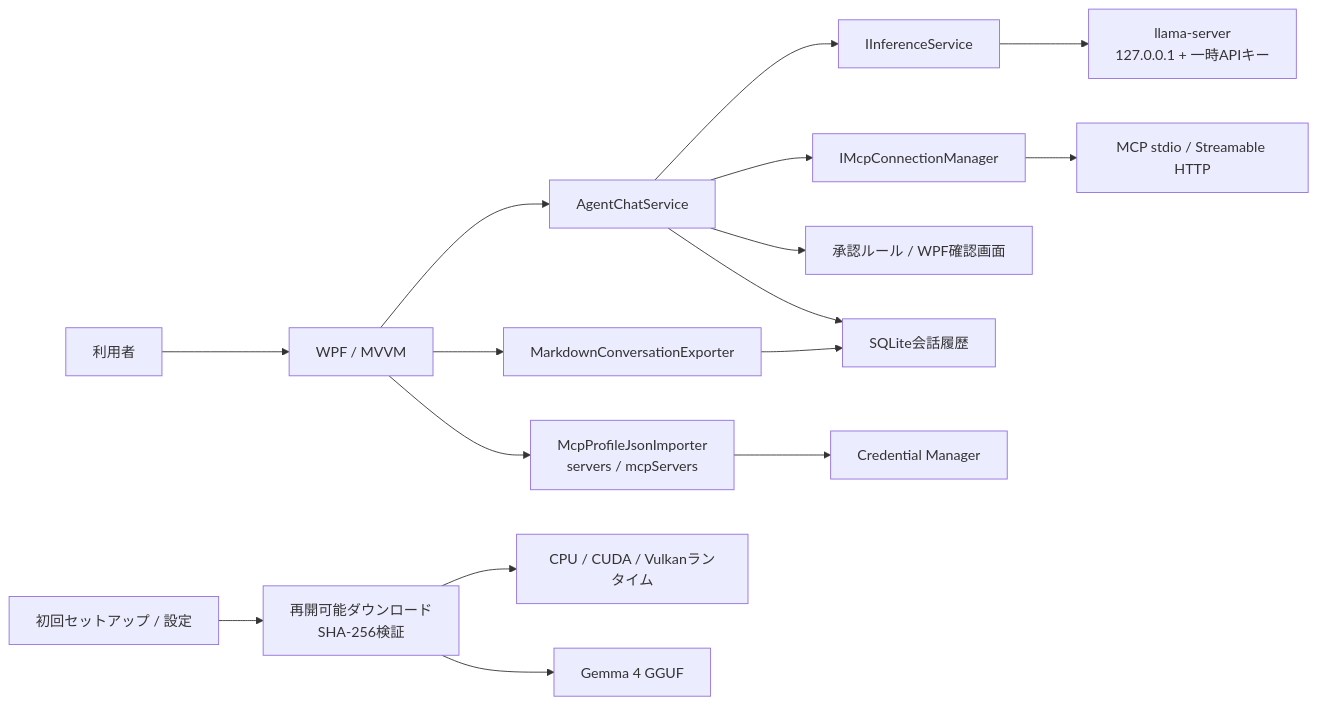
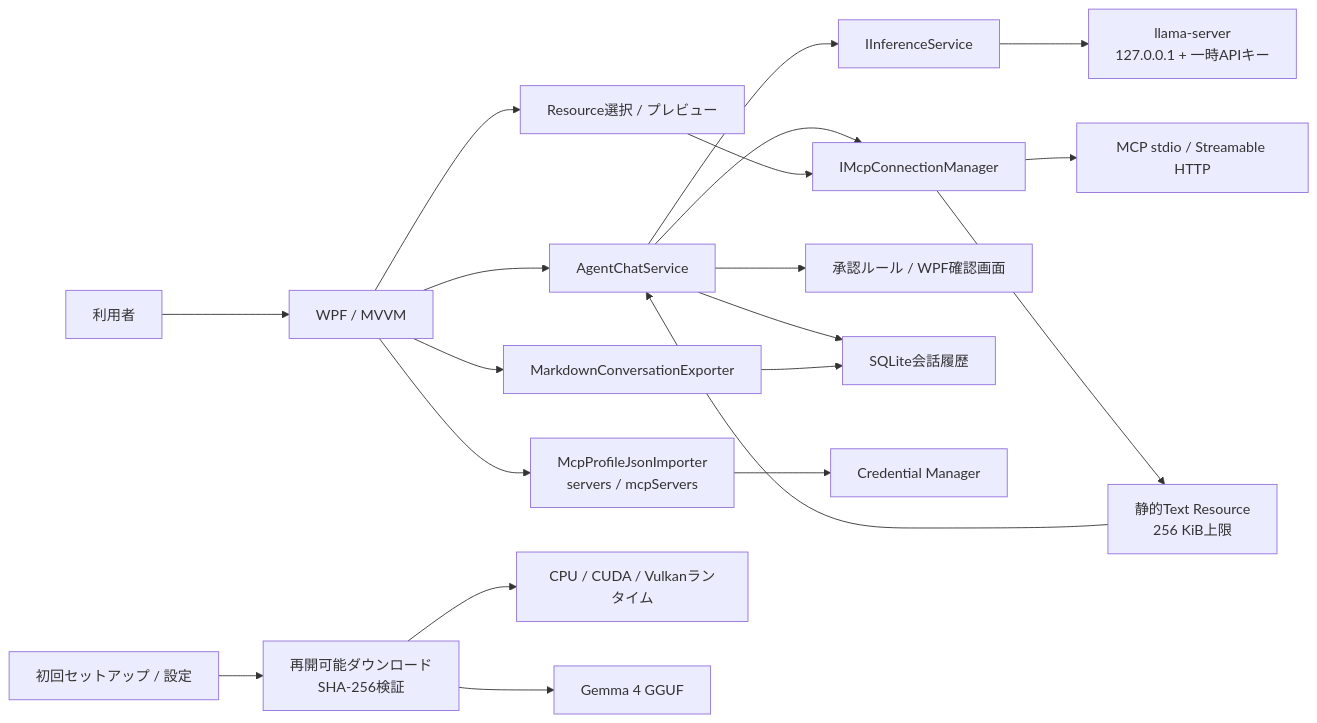
Before and after one commit to shaderjp/LocalMCPChatClient: the first of 4 diagrams in docs/architecture.md, drawn with Mermaid. The commit also changed other lines of this file and 22 other files, not shown here.

Commit message:
Add MCP Resource attachments

````diff
--- a/docs/architecture.md
+++ b/docs/architecture.md
@@ -7,18 +7,22 @@
 ```mermaid
 flowchart LR
     User["利用者"] --> UI["WPF / MVVM"]
     UI --> Agent["AgentChatService"]
     Agent --> Inference["IInferenceService"]
     Inference --> Runtime["llama-server\n127.0.0.1 + 一時APIキー"]
     Agent --> MCP["IMcpConnectionManager"]
     MCP --> Servers["MCP stdio / Streamable HTTP"]
+    UI --> ResourcePicker["Resource選択 / プレビュー"]
+    ResourcePicker --> MCP
+    MCP --> ResourceSnapshot["静的Text Resource\n256 KiB上限"]
+    ResourceSnapshot --> Agent
     Agent --> Approval["承認ルール / WPF確認画面"]
     Agent --> Store["SQLite会話履歴"]
     UI --> Export["MarkdownConversationExporter"]
     Export --> Store
     UI --> McpImport["McpProfileJsonImporter\nservers / mcpServers"]
     McpImport --> Cred["Credential Manager"]
     Setup["初回セットアップ / 設定"] --> Installer["再開可能ダウンロード\nSHA-256検証"]
     Installer --> RuntimeFiles["CPU / CUDA / Vulkanランタイム"]
     Installer --> Models["Gemma 4 GGUF"]
 ```
````
